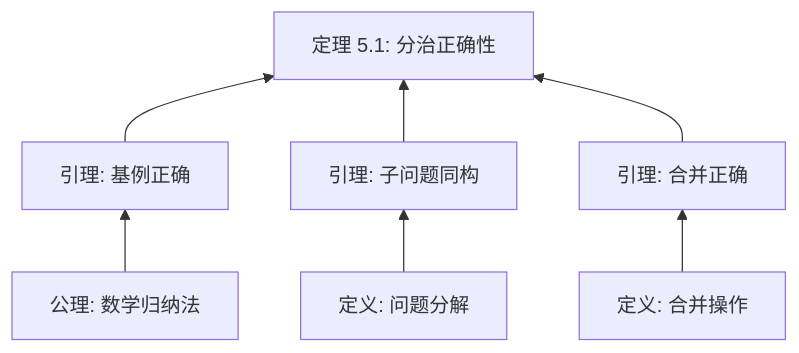
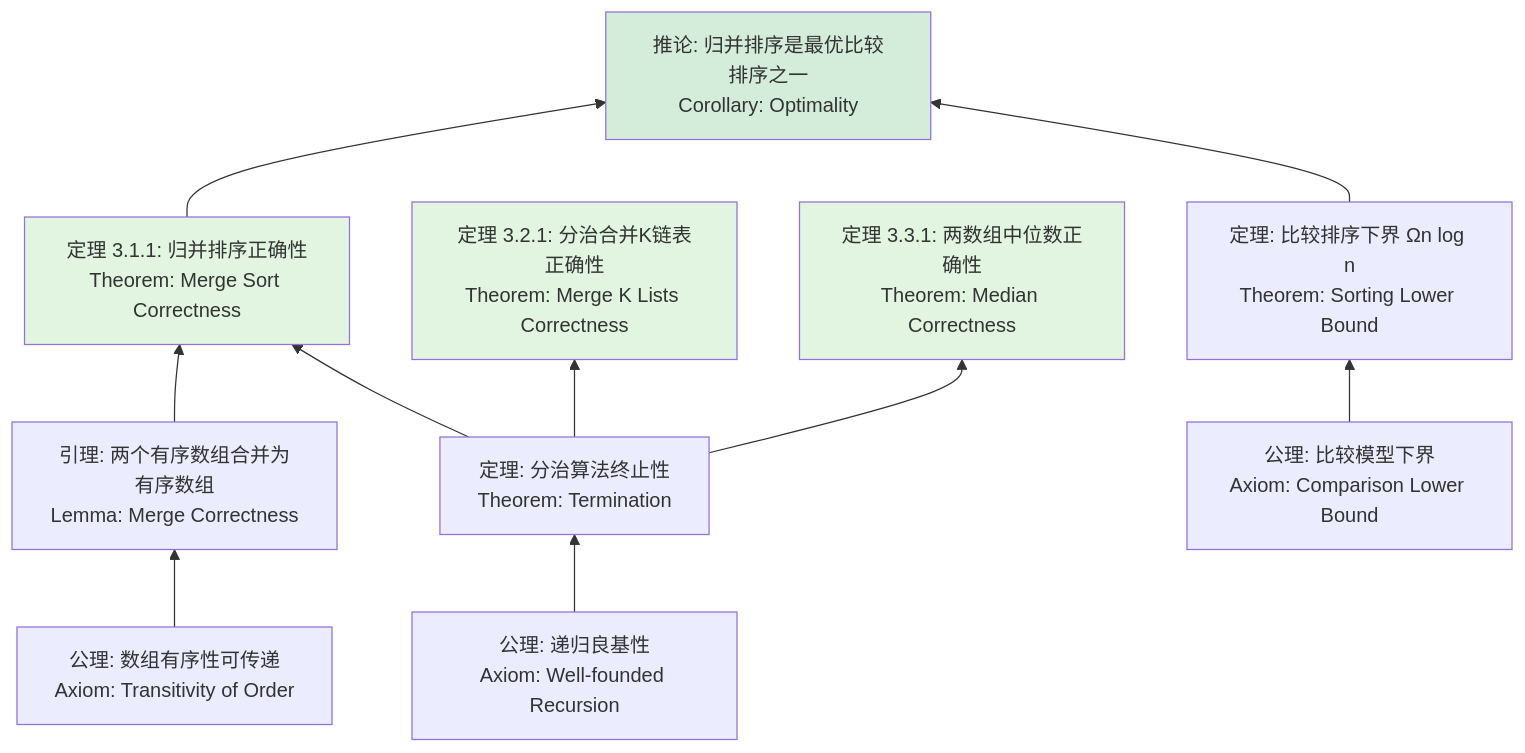
One commit to AdaMartin18010/FormalAlgorithm changed the sixth of 6 diagrams in docs/13-LeetCode算法面试专题/02-算法范式专题/06-分治.md. Above: the diagram before and after it, drawn with Mermaid. The commit also changed other lines of this file and 132 other files, not shown here.

````diff
--- a/docs/13-LeetCode算法面试专题/02-算法范式专题/06-分治.md
+++ b/docs/13-LeetCode算法面试专题/02-算法范式专题/06-分治.md
@@ -524,9 +653,19 @@
 ```mermaid
 flowchart BT
-    A1[公理: 数学归纳法] --> B1[引理: 基例正确]
-    A2[定义: 问题分解] --> B2[引理: 子问题同构]
-    A3[定义: 合并操作] --> B3[引理: 合并正确]
-    B1 --> C[定理 5.1: 分治正确性]
-    B2 --> C
-    B3 --> C
+    A1[公理: 数组有序性可传递<br/>Axiom: Transitivity of Order] --> B1[引理: 两个有序数组合并为有序数组<br/>Lemma: Merge Correctness]
+    A2[公理: 递归良基性<br/>Axiom: Well-founded Recursion] --> B2[定理: 分治算法终止性<br/>Theorem: Termination]
+    A3[公理: 比较模型下界<br/>Axiom: Comparison Lower Bound] --> B3[定理: 比较排序下界 Ωn log n<br/>Theorem: Sorting Lower Bound]
+
+    B1 --> C1[定理 3.1.1: 归并排序正确性<br/>Theorem: Merge Sort Correctness]
+    B2 --> C1
+    B2 --> C2[定理 3.2.1: 分治合并K链表正确性<br/>Theorem: Merge K Lists Correctness]
+    B2 --> C3[定理 3.3.1: 两数组中位数正确性<br/>Theorem: Median Correctness]
+
+    C1 --> D[推论: 归并排序是最优比较排序之一<br/>Corollary: Optimality]
+    B3 --> D
+
+    style C1 fill:#e1f5e1
+    style C2 fill:#e1f5e1
+    style C3 fill:#e1f5e1
+    style D fill:#d4edda
 ```
````
